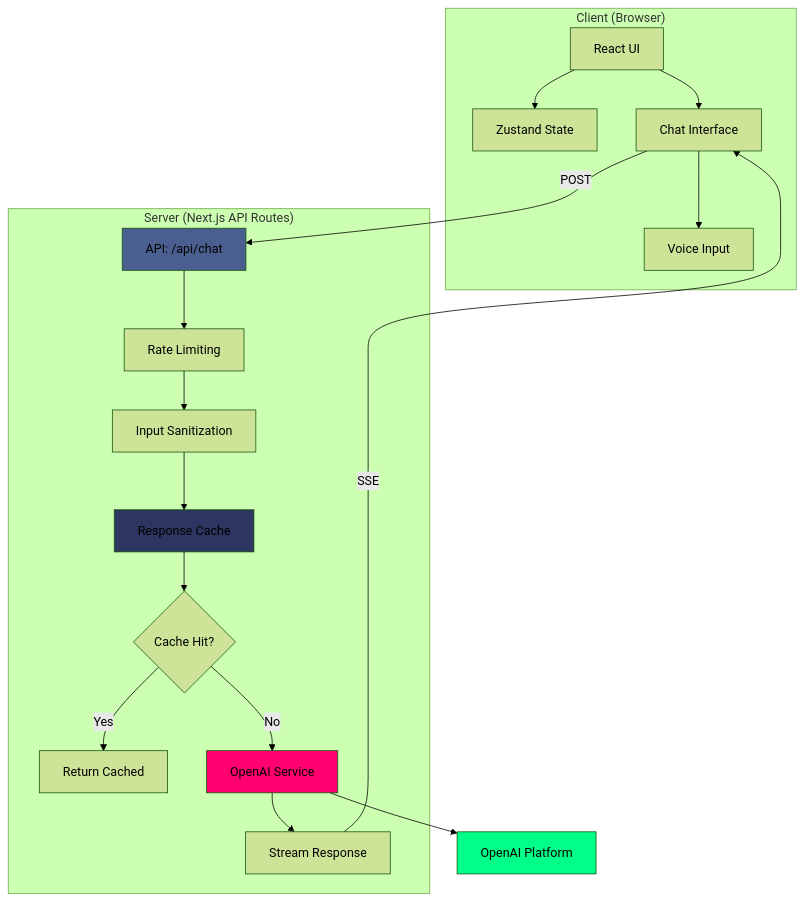
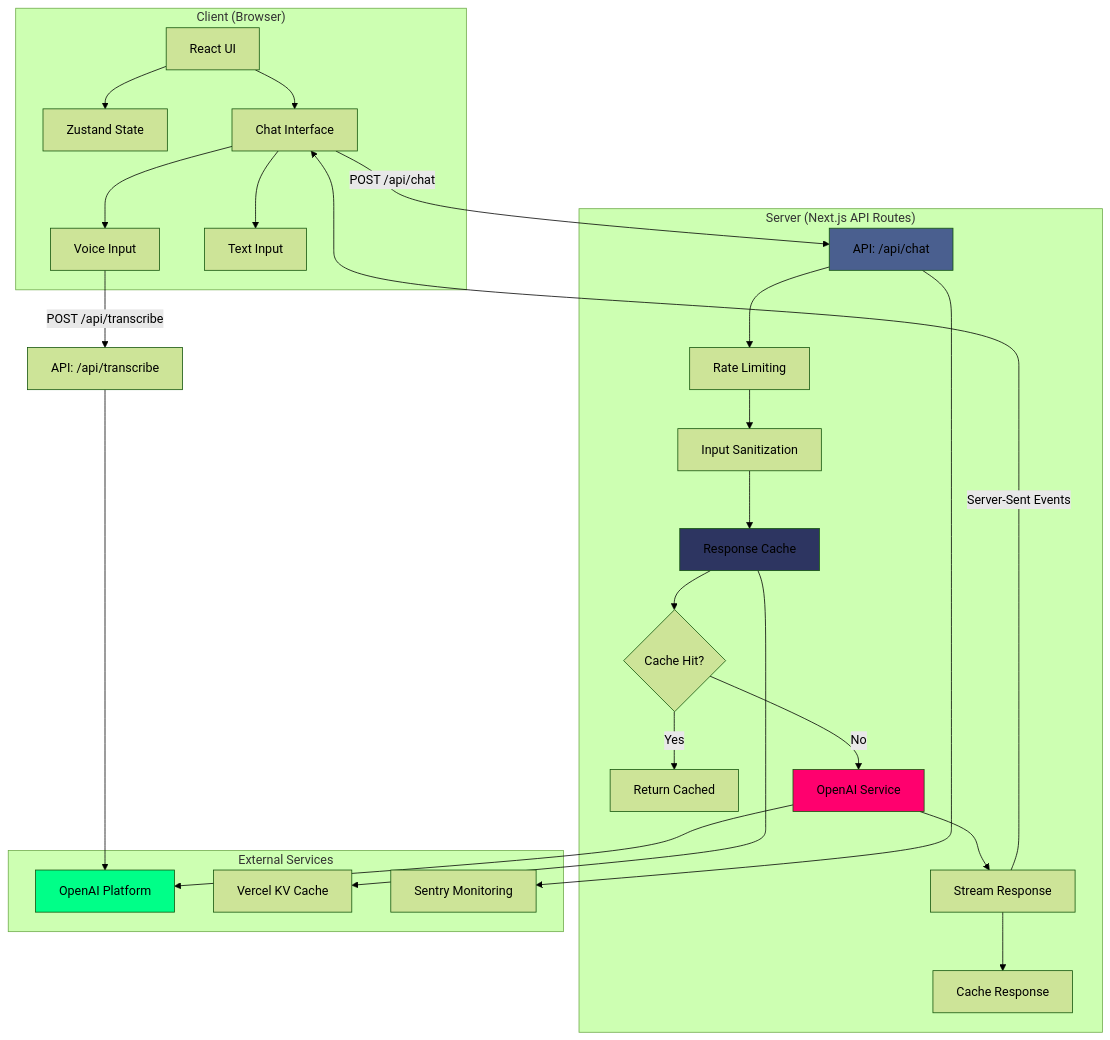
One commit to Zacsluss/portfolio_zarvis changed the first of 3 diagrams in README.md. Above: the diagram before and after it, drawn with Mermaid (forest theme). The commit also changed other lines of this file, not shown here.

````diff
--- a/README.md
+++ b/README.md
@@ -171,27 +235,39 @@
 ```mermaid
 graph TB
     subgraph "Client (Browser)"
         A[React UI] --> B[Zustand State]
         A --> C[Chat Interface]
         C --> D[Voice Input]
+        C --> E[Text Input]
     end
 
     subgraph "Server (Next.js API Routes)"
-        E["API: /api/chat"] --> F[Rate Limiting]
-        F --> G[Input Sanitization]
-        G --> H[Response Cache]
-        H --> I{Cache Hit?}
-        I -->|Yes| J[Return Cached]
-        I -->|No| K[OpenAI Service]
-        K --> L[Stream Response]
+        F["API: /api/chat"] --> G[Rate Limiting]
+        G --> H[Input Sanitization]
+        H --> I[Response Cache]
+        I --> J{Cache Hit?}
+        J -->|Yes| K[Return Cached]
+        J -->|No| L[OpenAI Service]
+        L --> M[Stream Response]
+        M --> N[Cache Response]
     end
 
-    C -->|POST| E
-    L -->|SSE| C
-    K --> M[OpenAI Platform]
+    subgraph "External Services"
+        O[OpenAI Platform]
+        P[Vercel KV Cache]
+        Q[Sentry Monitoring]
+    end
 
-    style E fill:#4a5f8f
-    style H fill:#2d3561
-    style K fill:#ff006e
-    style M fill:#00ff88
+    C -->|POST /api/chat| F
+    D -->|POST /api/transcribe| R["API: /api/transcribe"]
+    M -->|Server-Sent Events| C
+    L --> O
+    I --> P
+    F --> Q
+    R --> O
+
+    style F fill:#4a5f8f
+    style I fill:#2d3561
+    style L fill:#ff006e
+    style O fill:#00ff88
 ```
````
